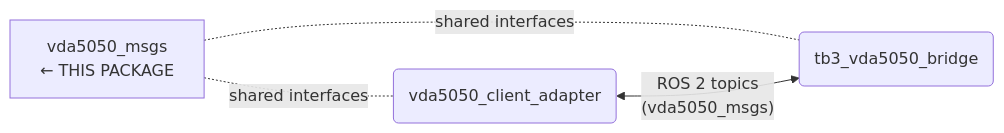
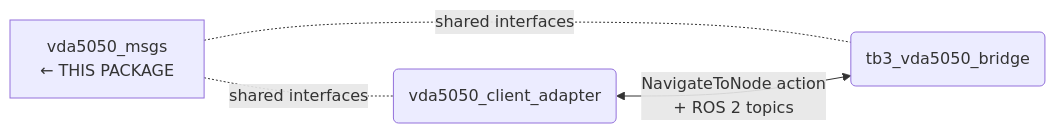
Before and after one commit to NhatTran-97/eiu-vda5050-support-open-rmf: the diagram in vda5050_msgs/README.md, drawn with Mermaid. The commit also changed other lines of this file and 5 other files, not shown here.

````diff
--- a/vda5050_msgs/README.md
+++ b/vda5050_msgs/README.md
@@ -11,10 +11,10 @@
 ```mermaid
 flowchart LR
     ca("vda5050_client_adapter")
     br("tb3_vda5050_bridge")
     msgs["vda5050_msgs\n← THIS PACKAGE"]
 
     msgs -.-|"shared interfaces"| ca
     msgs -.-|"shared interfaces"| br
-    ca <-->|"ROS 2 topics\n(vda5050_msgs)"| br
+    ca <-->|"NavigateToNode action\n+ ROS 2 topics"| br
 ```
````
